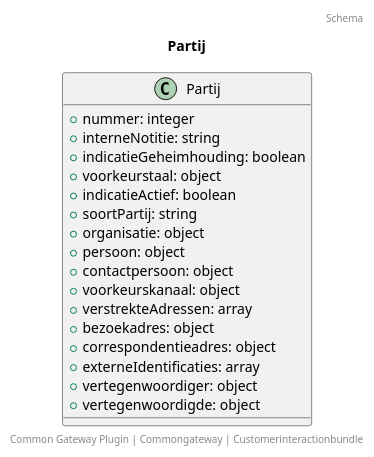
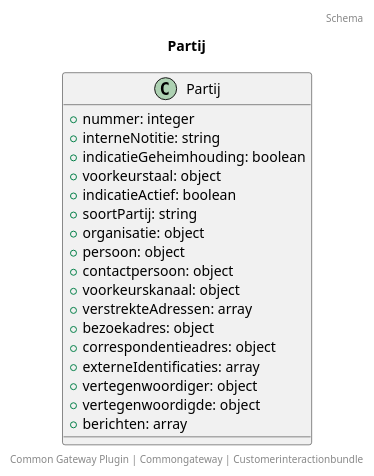
The diagram in docs/schema/klant.partij.puml (CommonGateway/CustomerInteractionBundle), drawn with PlantUML before and after one commit. The commit also changed 29 other files, not shown here.

```diff
--- a/docs/schema/klant.partij.puml
+++ b/docs/schema/klant.partij.puml
@@ -1,24 +1,25 @@
 @startuml
 title: Partij
 footer: Common Gateway Plugin | Commongateway | Customerinteractionbundle 
 header: Schema
 
 class Partij {
   + nummer: integer
   + interneNotitie: string
   + indicatieGeheimhouding: boolean
   + voorkeurstaal: object
   + indicatieActief: boolean
   + soortPartij: string
   + organisatie: object
   + persoon: object
   + contactpersoon: object
   + voorkeurskanaal: object
   + verstrekteAdressen: array
   + bezoekadres: object
   + correspondentieadres: object
   + externeIdentificaties: array
   + vertegenwoordiger: object
   + vertegenwoordigde: object
+  + berichten: array
 }
 @enduml
```
